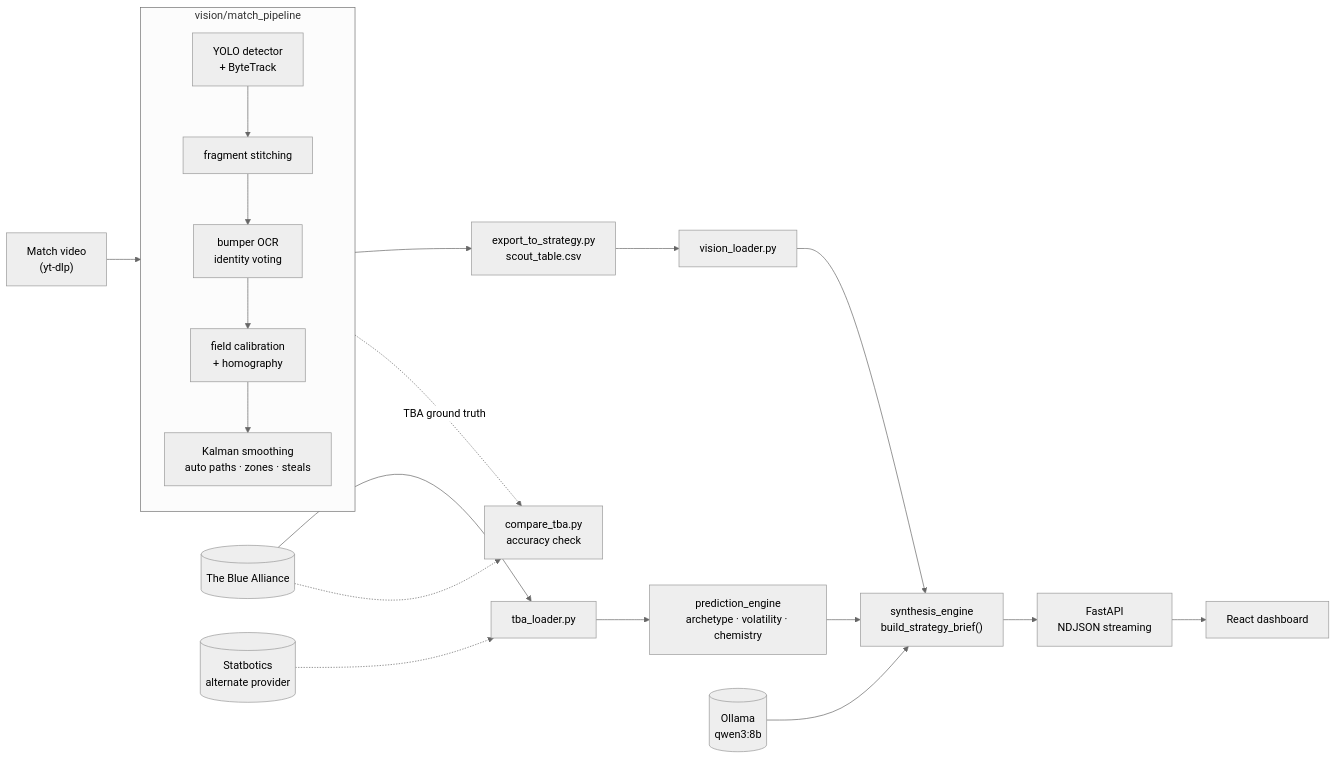
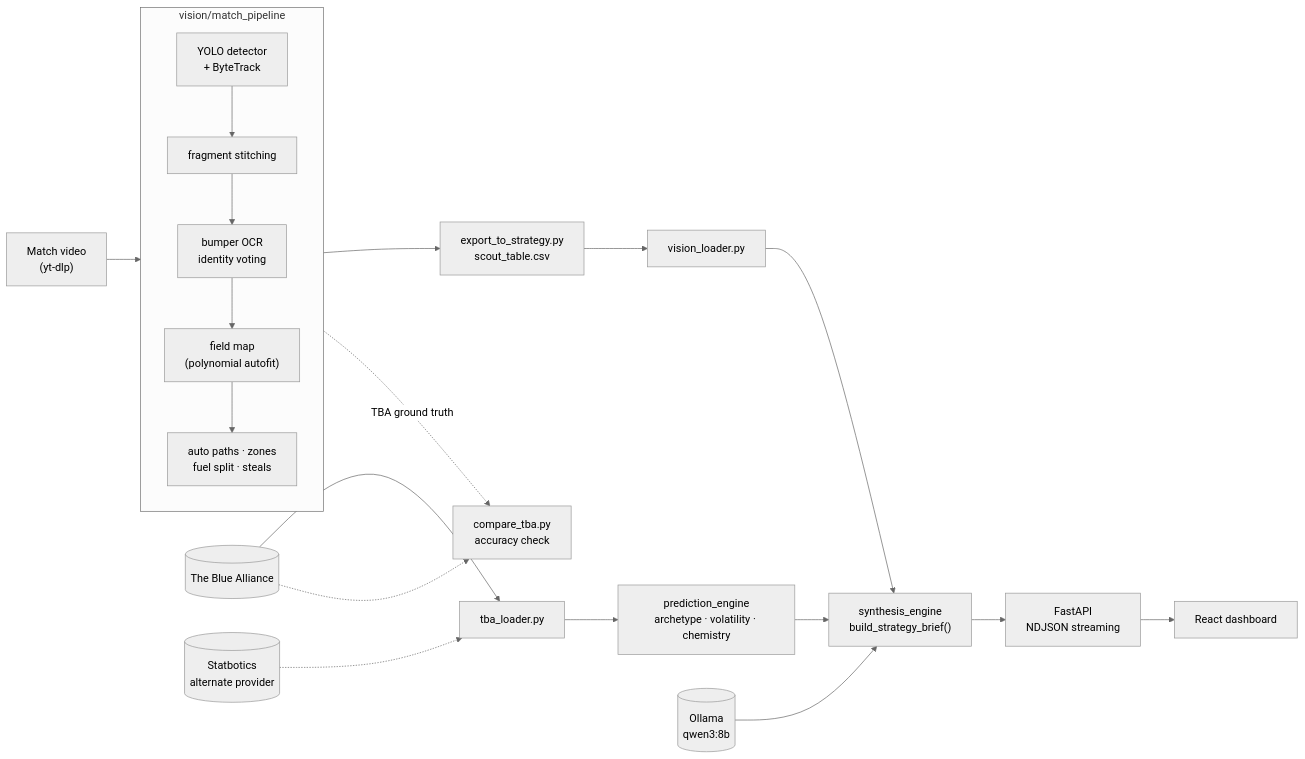
One commit to aryankhandelwal765-hash/frc-scout-ai changed the diagram in README.md. Above: the diagram before and after it, drawn with Mermaid (neutral theme). The commit also changed other lines of this file and 13 other files, not shown here.

First line of the commit message:
docs: real auto-path numbers; stop presenting AprilTag calibration as working

````diff
--- a/README.md
+++ b/README.md
@@ -27,28 +24,28 @@
 ```mermaid
 flowchart LR
     V["Match video<br/>(yt-dlp)"] --> P
 
     subgraph P["vision/match_pipeline"]
         direction TB
         P1["YOLO detector<br/>+ ByteTrack"] --> P2["fragment stitching"]
         P2 --> P3["bumper OCR<br/>identity voting"]
-        P3 --> P4["field calibration<br/>+ homography"]
-        P4 --> P5["Kalman smoothing<br/>auto paths · zones · steals"]
+        P3 --> P4["field map<br/>(polynomial autofit)"]
+        P4 --> P5["auto paths · zones<br/>fuel split · steals"]
     end
 
     P --> EX["export_to_strategy.py<br/>scout_table.csv"]
     EX --> VL["vision_loader.py"]
     TBA[("The Blue Alliance")] --> TL["tba_loader.py"]
     SB[("Statbotics<br/>alternate provider")] -.-> TL
 
     VL --> SY
     TL --> PR["prediction_engine<br/>archetype · volatility · chemistry"]
     PR --> SY["synthesis_engine<br/>build_strategy_brief()"]
     OL[("Ollama<br/>qwen3:8b")] --> SY
 
     SY --> API["FastAPI<br/>NDJSON streaming"]
     API --> UI["React dashboard"]
 
     P -.->|TBA ground truth| CT["compare_tba.py<br/>accuracy check"]
     TBA -.-> CT
 ```
````
